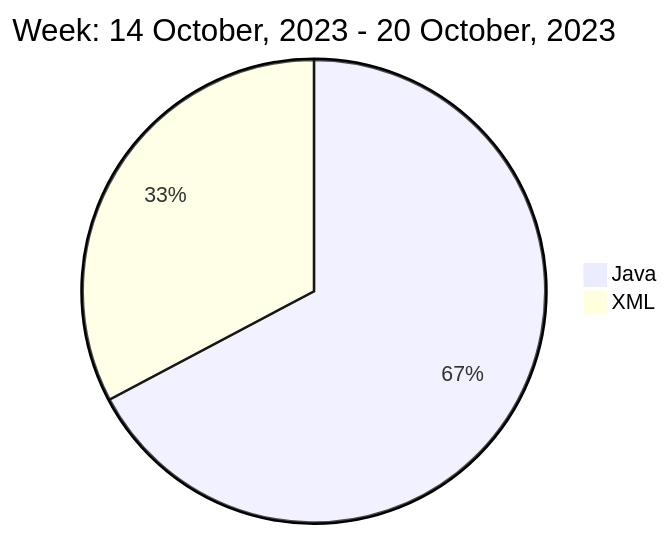
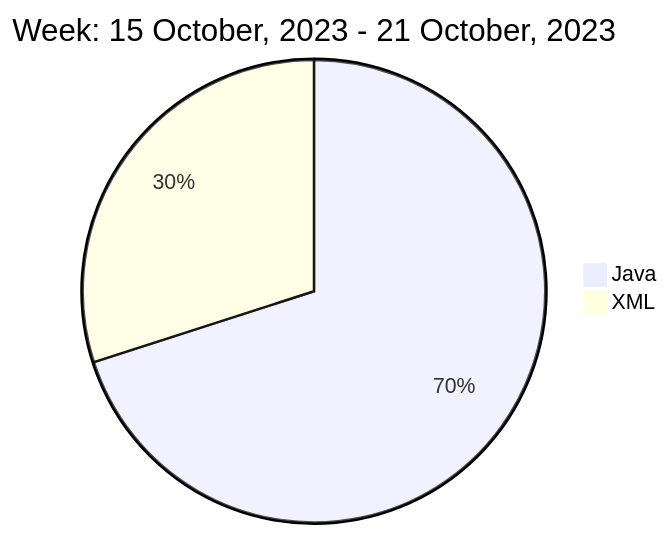
One commit to liubin95/liubin95 changed the diagram in README.md. Above: the diagram before and after it, drawn with Mermaid.

Commit message:
Updated the Graph with new Metrics

````diff
--- a/README.md
+++ b/README.md
@@ -40,6 +40,6 @@
 ```mermaid
  pie
-title Week: 14 October, 2023 - 20 October, 2023
- "Java" : 5.03
- "XML" : 2.45
+title Week: 15 October, 2023 - 21 October, 2023
+ "Java" : 7.2
+ "XML" : 3.08
 ```
````
